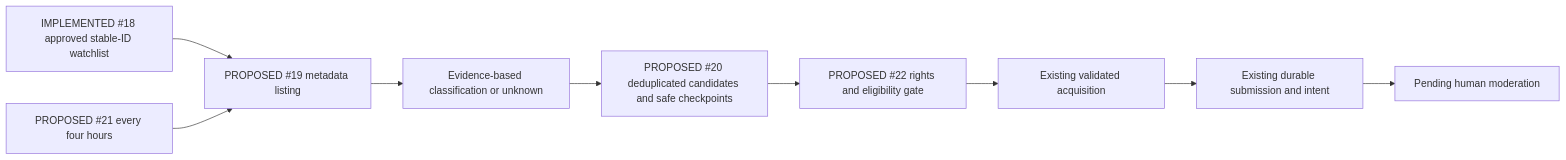
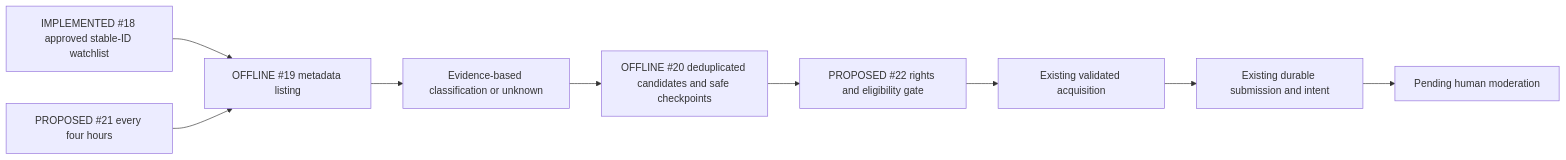
The sixth of 6 diagrams in docs/WORKFLOW_MAP.md (SoloMidMiram/CatsChannel), drawn with Mermaid before and after one commit. The commit also changed other lines of this file and 2 other files, not shown here.

Commit message:
docs: align discovery workflow with integrated implementation

````diff
--- a/docs/WORKFLOW_MAP.md
+++ b/docs/WORKFLOW_MAP.md
@@ -121,11 +121,11 @@
 ```mermaid
 flowchart LR
-  W[IMPLEMENTED #18 approved stable-ID watchlist] --> Scan[PROPOSED #19 metadata listing]
+  W[IMPLEMENTED #18 approved stable-ID watchlist] --> Scan[OFFLINE #19 metadata listing]
   Scan --> Class[Evidence-based classification or unknown]
-  Class --> Ledger[PROPOSED #20 deduplicated candidates and safe checkpoints]
+  Class --> Ledger[OFFLINE #20 deduplicated candidates and safe checkpoints]
   Clock[PROPOSED #21 every four hours] --> Scan
   Ledger --> Eligible[PROPOSED #22 rights and eligibility gate]
   Eligible --> Acquire[Existing validated acquisition]
   Acquire --> Submission[Existing durable submission and intent]
   Submission --> Review[Pending human moderation]
 ```
````
